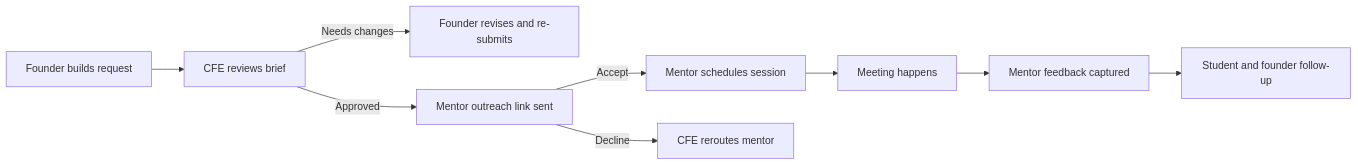
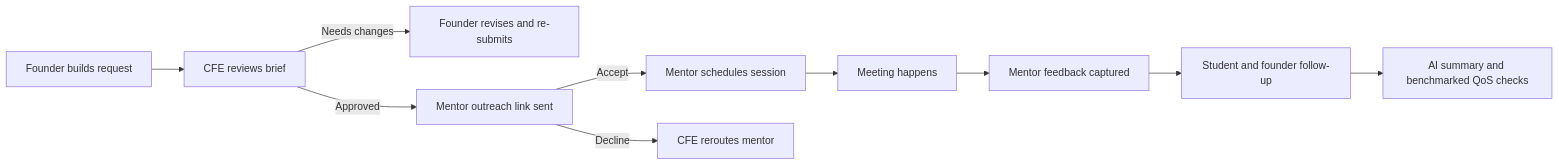
One commit to Pulsator01/MentorMe changed the first of 2 diagrams in docs/midsem-readiness.md. Above: the diagram before and after it, drawn with Mermaid. The commit also changed other lines of this file and 7 other files, not shown here.

````diff
--- a/docs/midsem-readiness.md
+++ b/docs/midsem-readiness.md
@@ -31,11 +33,12 @@
 ```mermaid
 flowchart LR
     A["Founder builds request"] --> B["CFE reviews brief"]
     B -->|Needs changes| C["Founder revises and re-submits"]
     B -->|Approved| D["Mentor outreach link sent"]
     D -->|Accept| E["Mentor schedules session"]
     D -->|Decline| F["CFE reroutes mentor"]
     E --> G["Meeting happens"]
     G --> H["Mentor feedback captured"]
     H --> I["Student and founder follow-up"]
+    I --> J["AI summary and benchmarked QoS checks"]
 ```
````
